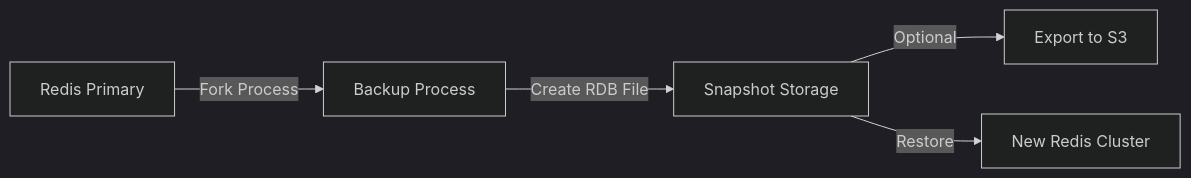
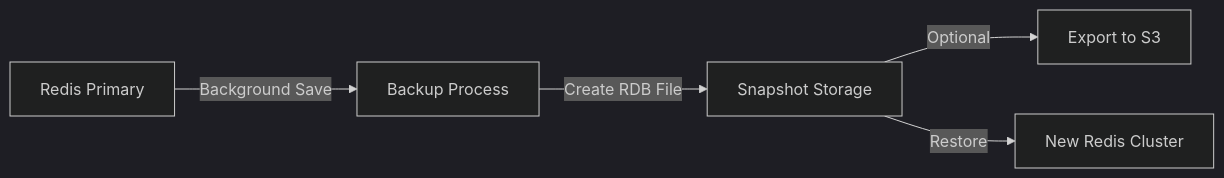
Before and after one commit to OneUptime/blog: the diagram in posts/2026-02-12-set-up-elasticache-redis-backups/README.md, drawn with Mermaid (dark theme). The commit also changed other lines of this file and 2 other files, not shown here.

Commit message:
validate: 2026-02-12-set-up-elasticache-redis-backups

````diff
--- a/posts/2026-02-12-set-up-elasticache-redis-backups/README.md
+++ b/posts/2026-02-12-set-up-elasticache-redis-backups/README.md
@@ -19,7 +19,7 @@
 ```mermaid
 graph LR
-    A[Redis Primary] -->|Fork Process| B[Backup Process]
+    A[Redis Primary] -->|Background Save| B[Backup Process]
     B -->|Create RDB File| C[Snapshot Storage]
     C -->|Optional| D[Export to S3]
     C -->|Restore| E[New Redis Cluster]
 ```
````
